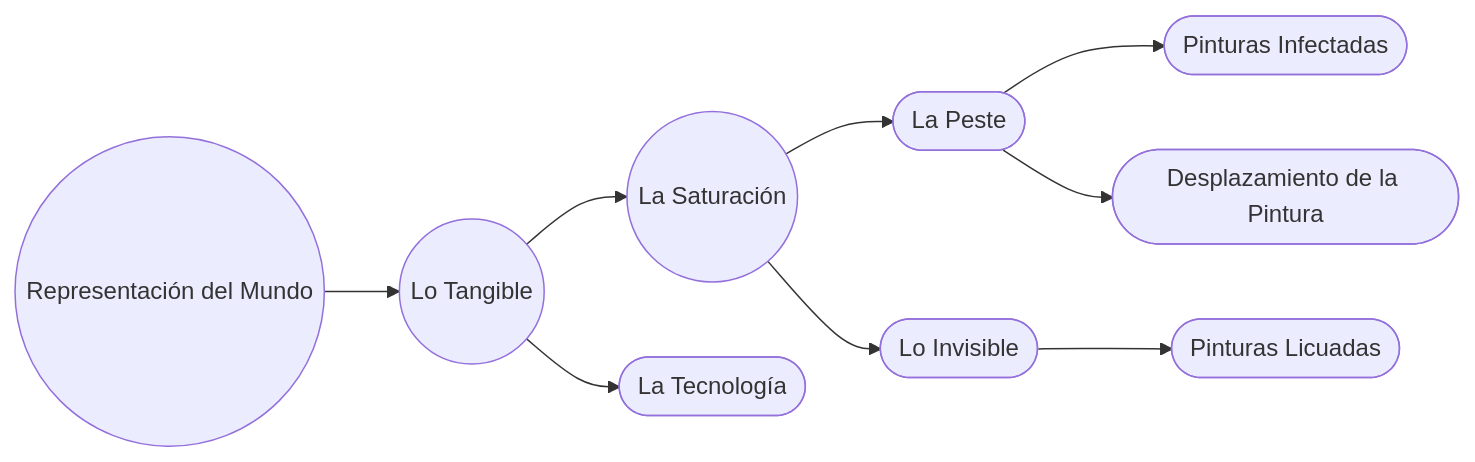
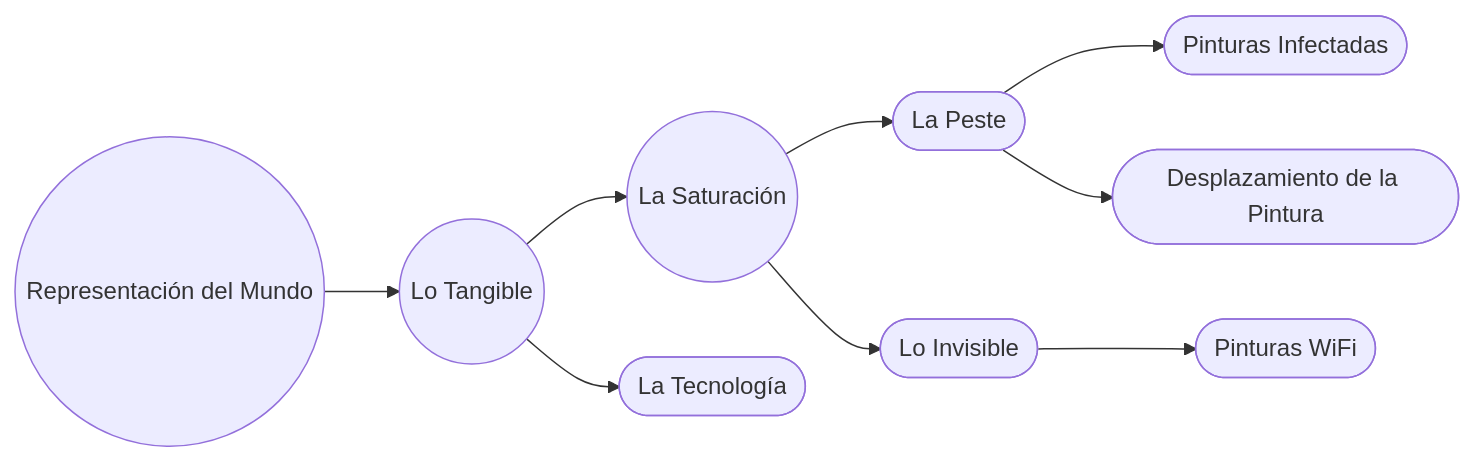
One commit to EGGS-Artesvisuales/EGGS-Artesvisuales.github.io changed the diagram in ES/saturacion.md. Above: the diagram before and after it, drawn with Mermaid.

```diff
--- a/ES/saturacion.md
+++ b/ES/saturacion.md
@@ -34,31 +34,31 @@
 <div class="mermaid">
 flowchart LR
   RM((Representación del Mundo))
   LT((Lo Tangible))
   LS((La Saturación))
   LTec([La Tecnología])
   LP([La Peste])
   LI([Lo Invisible])
   P([Pinturas Infectadas])
   DP([Desplazamiento de la Pintura])
-  PL([Pinturas Licuadas])  
+  PL([Pinturas WiFi])  
 
   RM --> LT
   LT --> LS
   LT --> LTec
   LS --> LP
   LS --> LI
   LP --> P
   LP --> DP
   LI --> PL          
 
   click RM "/ES/mundo-exterior.html" "Ir a Representación del Mundo"
   click LT "/ES/tangible.html" "Ir a Lo Tangible"
   click LS "/ES/saturacion.html" "Ir a La Saturación"
   click LTec "/ES/en-construccion.html" "Ir a La Tecnología"
   click LP "/ES/la-peste.html" "Ir a La Peste"
   click LI "/ES/lo-invisible.html" "Ir a Lo Invisible"
   click P "/ES/peste-pinturas-infectadas.html" "Ir a Pinturas Infectadas"
   click DP "/ES/desplazamiento-pintura.html" "Ir a Desplazamiento de la Pintura"
-  click PL "/ES/pinturas-licuadas.html" "Ir a Pinturas Licuadas"
+  click PL "/ES/pinturas-wifi.html" "Ir a Pinturas wi fi"
 </div>
```
